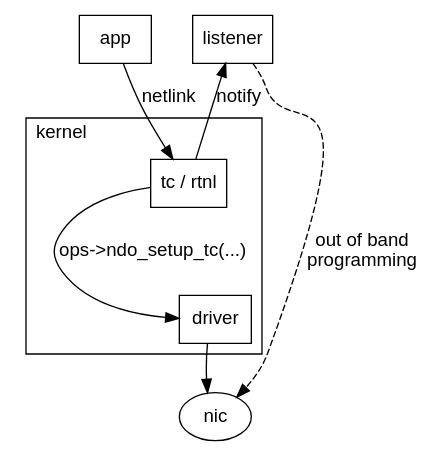
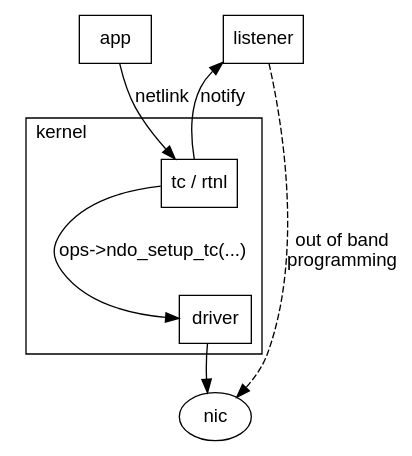
The second of 4 diagrams in netlink/README.org (donaldh/opi-proto), drawn with Graphviz before and after one commit. The commit also changed other lines of this file and 3 other files, not shown here.

Commit message:
Improve diagrams using link [dir=back]

```diff
--- a/netlink/README.org
+++ b/netlink/README.org
@@ -42,29 +42,29 @@
 #+begin_src dot :file mirror_state.png :exports results
  digraph mirror_state {
         fontname="Arial"
         node [fontname="Arial"]
         edge [fontname="Arial"]
 
         subgraph user_space {
                 app [shape=box]
                 listener [shape=box]
                 rank = same;
         }
         subgraph cluster_kernel {
                 label = "kernel"
                 labeljust = "l"
                 tc [shape=box; label="tc / rtnl"]
                 driver [shape=box]
         }
 
         app -> tc [label="netlink"]
-        tc -> listener [label="notify"]
+        listener -> tc [label="notify"; dir=back]
         tc -> driver [label="ops->ndo_setup_tc(...)"]
         driver -> nic
 
         listener -> nic [label="out of band\nprogramming" style=dashed]
 
         edge[style=invis]
         listener->tc->driver->nic
  }
 #+end_src
```
